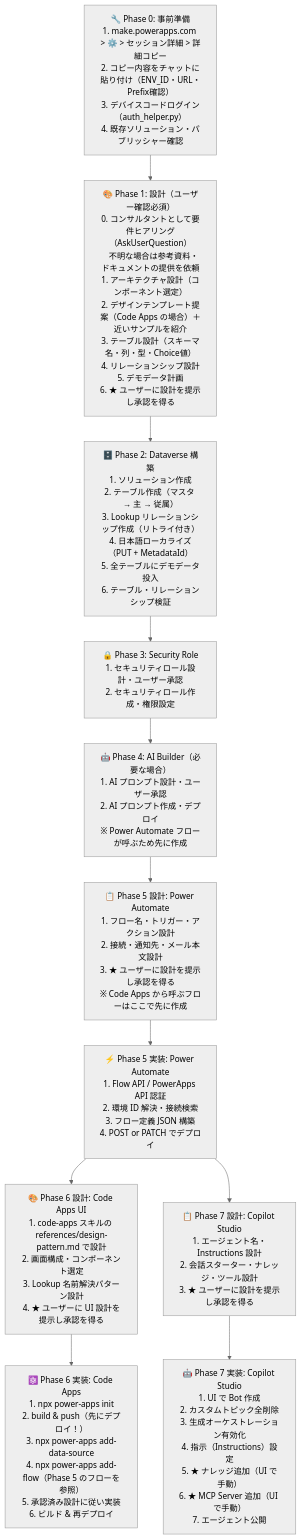
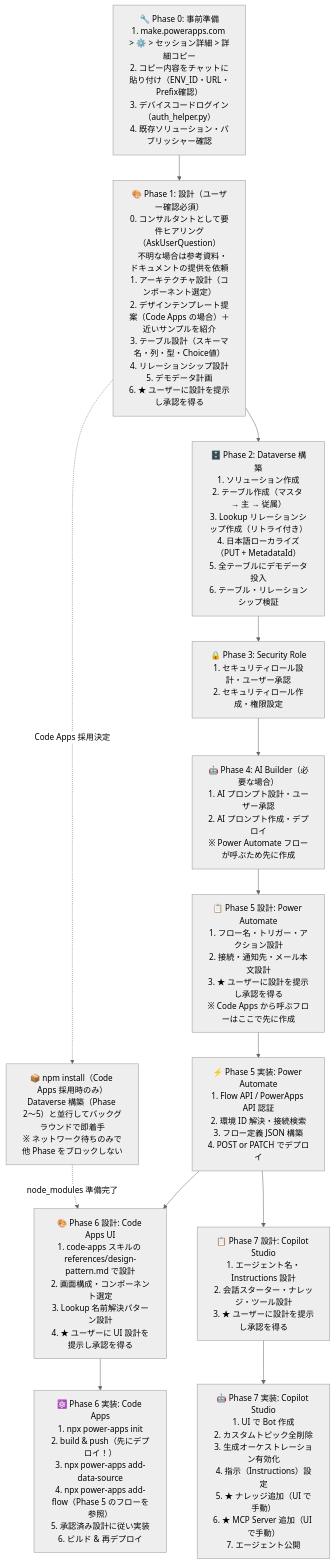
One commit to geekfujiwara/CodeAppsDevelopmentStandard changed the diagram in .github/skills/standard/references/power-platform-development-standard.md. Above: the diagram before and after it, drawn with Mermaid (neutral theme). The commit also changed other lines of this file and 6 other files, not shown here.

Commit message:
Remove golden template cache mechanism; parallelize npm install with Dataverse build

````diff
--- a/.github/skills/standard/references/power-platform-development-standard.md
+++ b/.github/skills/standard/references/power-platform-development-standard.md
@@ -1464,29 +1464,33 @@
 ```mermaid
 flowchart TD
     P0["🔧 Phase 0: 事前準備\n1. make.powerapps.com > ⚙️ > セッション詳細 > 詳細コピー\n2. コピー内容をチャットに貼り付け（ENV_ID・URL・Prefix確認）\n3. デバイスコードログイン（auth_helper.py）\n4. 既存ソリューション・パブリッシャー確認"]
 
     P1["🎨 Phase 1: 設計（ユーザー確認必須）\n0. コンサルタントとして要件ヒアリング（AskUserQuestion）\n   不明な場合は参考資料・ドキュメントの提供を依頼\n1. アーキテクチャ設計（コンポーネント選定）\n2. デザインテンプレート提案（Code Apps の場合）＋近いサンプルを紹介\n3. テーブル設計（スキーマ名・列・型・Choice値）\n4. リレーションシップ設計\n5. デモデータ計画\n6. ★ ユーザーに設計を提示し承認を得る"]
 
     P2["🗄️ Phase 2: Dataverse 構築\n1. ソリューション作成\n2. テーブル作成（マスタ → 主 → 従属）\n3. Lookup リレーションシップ作成（リトライ付き）\n4. 日本語ローカライズ（PUT + MetadataId）\n5. 全テーブルにデモデータ投入\n6. テーブル・リレーションシップ検証"]
+
+    PNPM["📦 npm install（Code Apps 採用時のみ）\nDataverse 構築（Phase 2〜5）と並行してバックグラウンドで即着手\n※ ネットワーク待ちのみで他 Phase をブロックしない"]
 
     P3["🔒 Phase 3: Security Role\n1. セキュリティロール設計・ユーザー承認\n2. セキュリティロール作成・権限設定"]
 
     P4["🤖 Phase 4: AI Builder（必要な場合）\n1. AI プロンプト設計・ユーザー承認\n2. AI プロンプト作成・デプロイ\n※ Power Automate フローが呼ぶため先に作成"]
 
     P5D["📋 Phase 5 設計: Power Automate\n1. フロー名・トリガー・アクション設計\n2. 接続・通知先・メール本文設計\n3. ★ ユーザーに設計を提示し承認を得る\n※ Code Apps から呼ぶフローはここで先に作成"]
 
     P5["⚡ Phase 5 実装: Power Automate\n1. Flow API / PowerApps API 認証\n2. 環境 ID 解決・接続検索\n3. フロー定義 JSON 構築\n4. POST or PATCH でデプロイ"]
 
     P6D["🎨 Phase 6 設計: Code Apps UI\n1. code-apps スキルの references/design-pattern.md で設計\n2. 画面構成・コンポーネント選定\n3. Lookup 名前解決パターン設計\n4. ★ ユーザーに UI 設計を提示し承認を得る"]
 
     P6["⚛️ Phase 6 実装: Code Apps\n1. npx power-apps init\n2. build & push（先にデプロイ！）\n3. npx power-apps add-data-source\n4. npx power-apps add-flow（Phase 5 のフローを参照）\n5. 承認済み設計に従い実装\n6. ビルド & 再デプロイ"]
 
     P7D["📋 Phase 7 設計: Copilot Studio\n1. エージェント名・Instructions 設計\n2. 会話スターター・ナレッジ・ツール設計\n3. ★ ユーザーに設計を提示し承認を得る"]
 
     P7["🤖 Phase 7 実装: Copilot Studio\n1. UI で Bot 作成\n2. カスタムトピック全削除\n3. 生成オーケストレーション有効化\n4. 指示（Instructions）設定\n5. ★ ナレッジ追加（UI で手動）\n6. ★ MCP Server 追加（UI で手動）\n7. エージェント公開"]
 
     P0 --> P1 --> P2 --> P3 --> P4
+    P1 -.Code Apps 採用決定.-> PNPM
+    PNPM -.node_modules 準備完了.-> P6D
     P4 --> P5D --> P5
     P5 --> P6D --> P6
     P5 --> P7D --> P7
 ```
````
